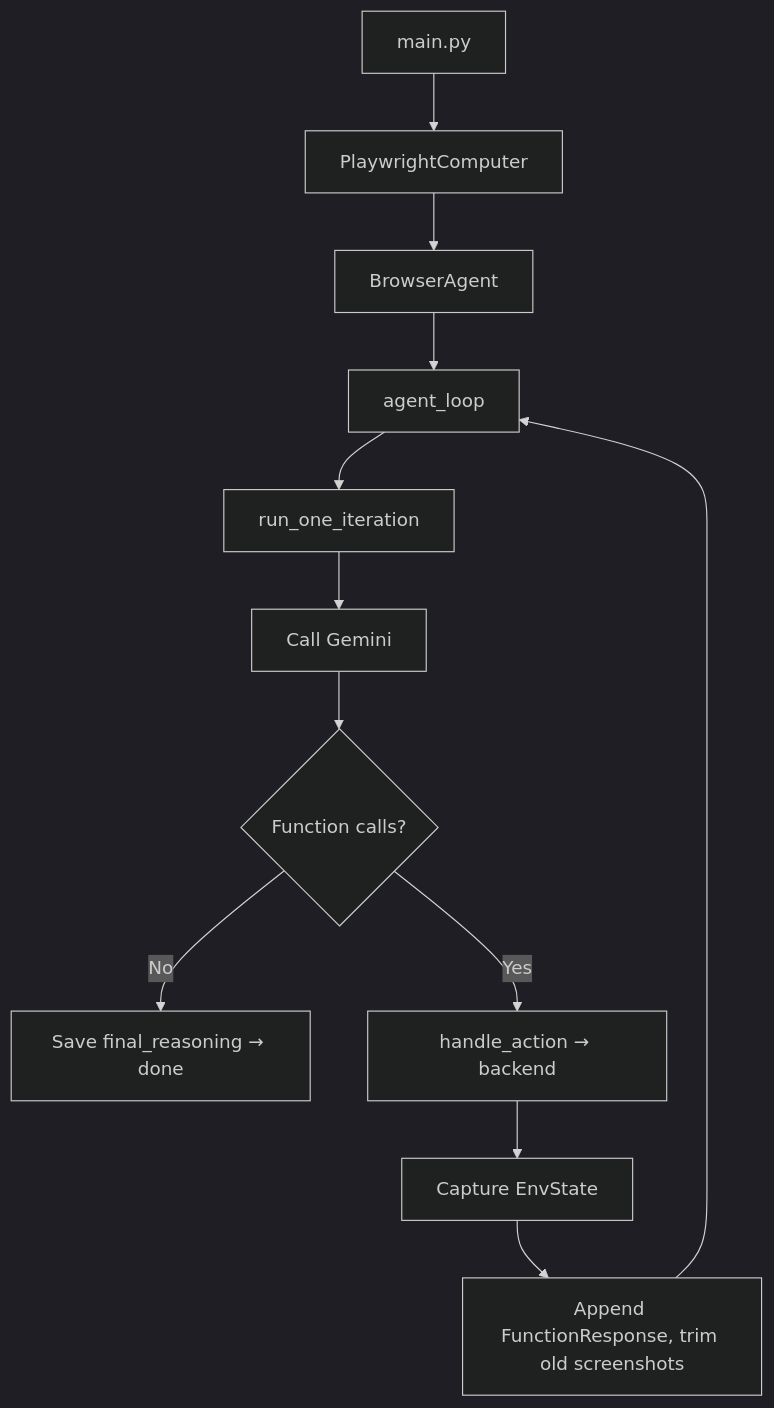
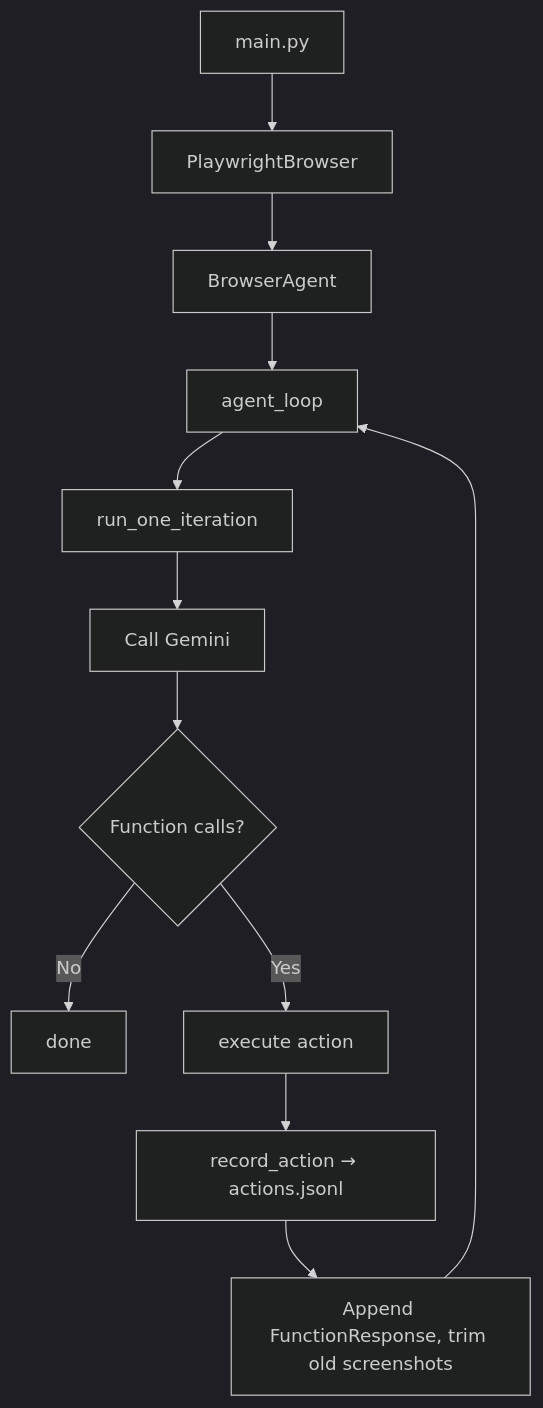
The diagram in README.md (junyeong-nero/tiny-browser-agent), drawn with Mermaid (dark theme) before and after one commit. The commit also changed other lines of this file and 4 other files, not shown here.

````diff
--- a/README.md
+++ b/README.md
@@ -139,14 +89,14 @@
 ```mermaid
 flowchart TD
-    A[main.py] --> D[PlaywrightComputer]
+    A[main.py] --> D[PlaywrightBrowser]
     D --> F[BrowserAgent]
     F --> G[agent_loop]
     G --> H[run_one_iteration]
     H --> I[Call Gemini]
     I --> J{Function calls?}
-    J -->|No| K[Save final_reasoning → done]
-    J -->|Yes| L[handle_action → backend]
-    L --> M[Capture EnvState]
+    J -->|No| K[done]
+    J -->|Yes| L[execute action]
+    L --> M[record_action → actions.jsonl]
     M --> N[Append FunctionResponse, trim old screenshots]
     N --> G
 ```
````
